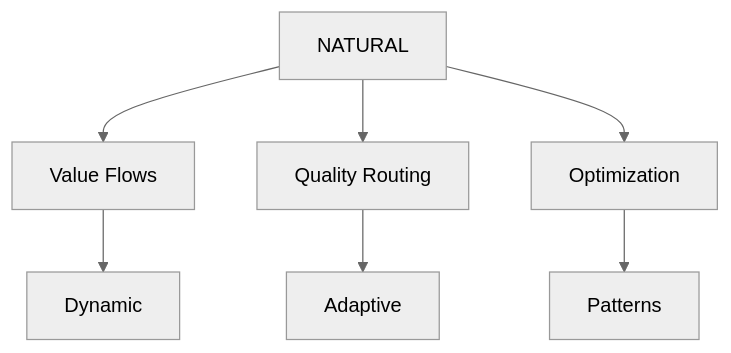
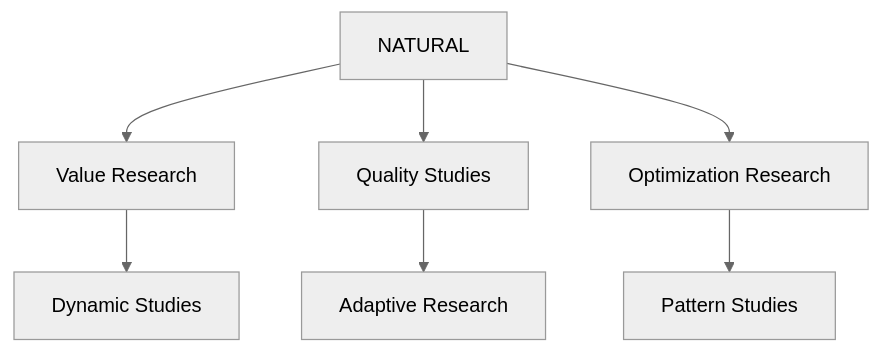
Before and after one commit to skenai/WILL: the second of 3 diagrams in Three-Graph-Lattice.md, drawn with Mermaid (neutral theme). The commit also changed other lines of this file and 81 other files, not shown here.

````diff
--- a/Three-Graph-Lattice.md
+++ b/Three-Graph-Lattice.md
@@ -47,9 +56,9 @@
 ```mermaid
 graph TD
-    N[NATURAL] --> F[Value Flows]
-    N --> R[Quality Routing]
-    N --> O[Optimization]
-    F --> D[Dynamic]
-    R --> A[Adaptive]
-    O --> P[Patterns]
+    N[NATURAL] --> F[Value Research]
+    N --> R[Quality Studies]
+    N --> O[Optimization Research]
+    F --> D[Dynamic Studies]
+    R --> A[Adaptive Research]
+    O --> P[Pattern Studies]
 ```
````
